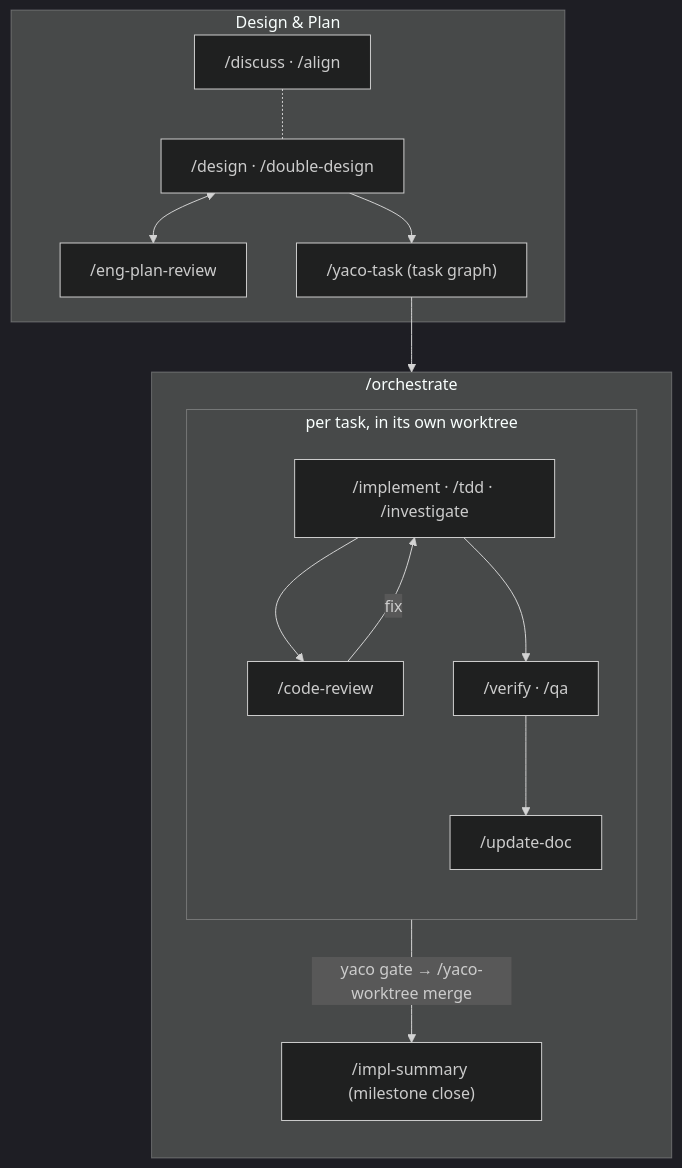
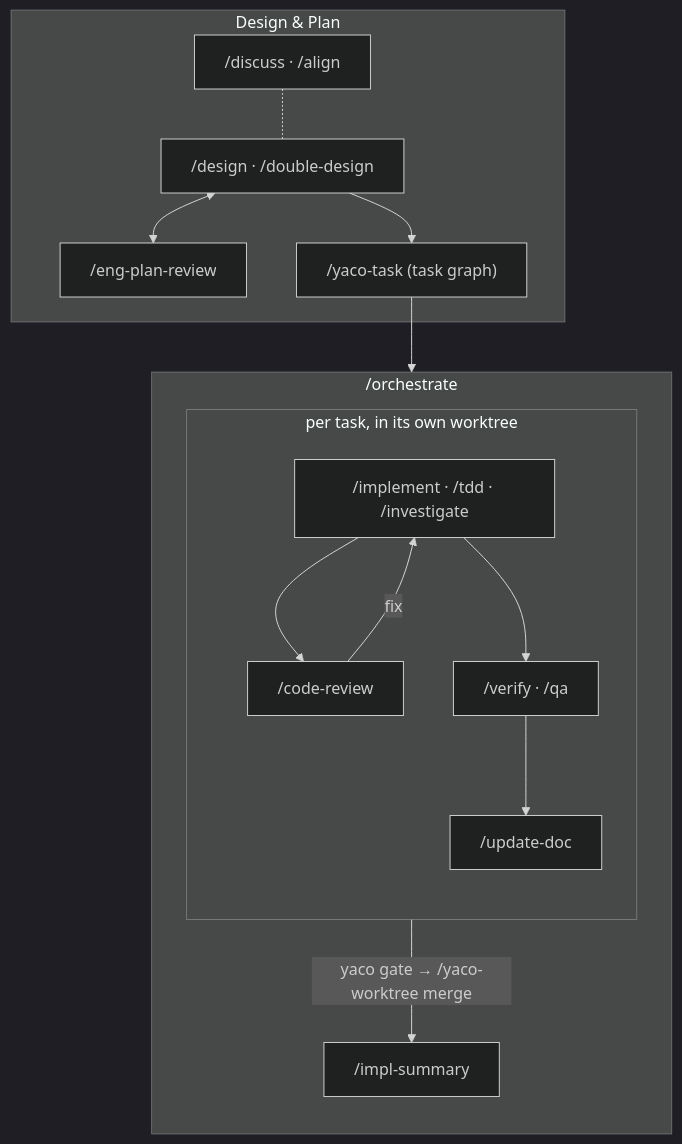
One commit to imoonkey/yaco changed the diagram in README.md. Above: the diagram before and after it, drawn with Mermaid (dark theme).

Commit message:
docs(readme): drop milestone-close annotation from chart

````diff
--- a/README.md
+++ b/README.md
@@ -115,20 +115,20 @@
 ```mermaid
 flowchart TB
     subgraph DE ["Design & Plan"]
         D["/design · /double-design"] <--> EPR["/eng-plan-review"]
         DIS["/discuss · /align"] -.- D
         D --> TG["/yaco-task (task graph)"]
     end
     subgraph OR ["/orchestrate"]
         direction TB
         subgraph BU ["per task, in its own worktree"]
             direction TB
             I["/implement · /tdd · /investigate"] --> CR["/code-review"]
             CR -->|fix| I
             I --> V["/verify · /qa"]
             V --> U["/update-doc"]
         end
-        BU -->|"yaco gate → /yaco-worktree merge"| IS["/impl-summary (milestone close)"]
+        BU -->|"yaco gate → /yaco-worktree merge"| IS["/impl-summary"]
     end
     TG --> OR
 ```
````
